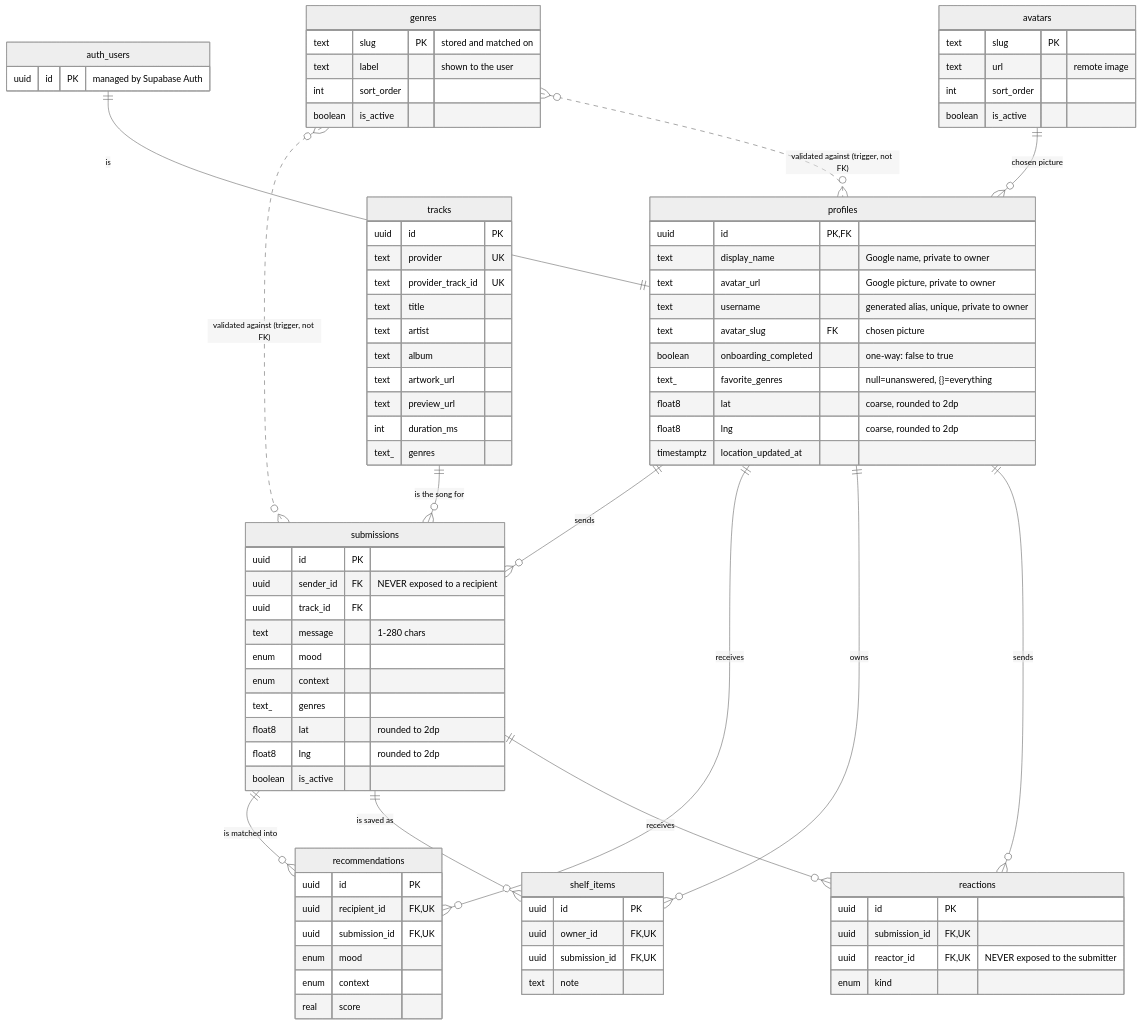
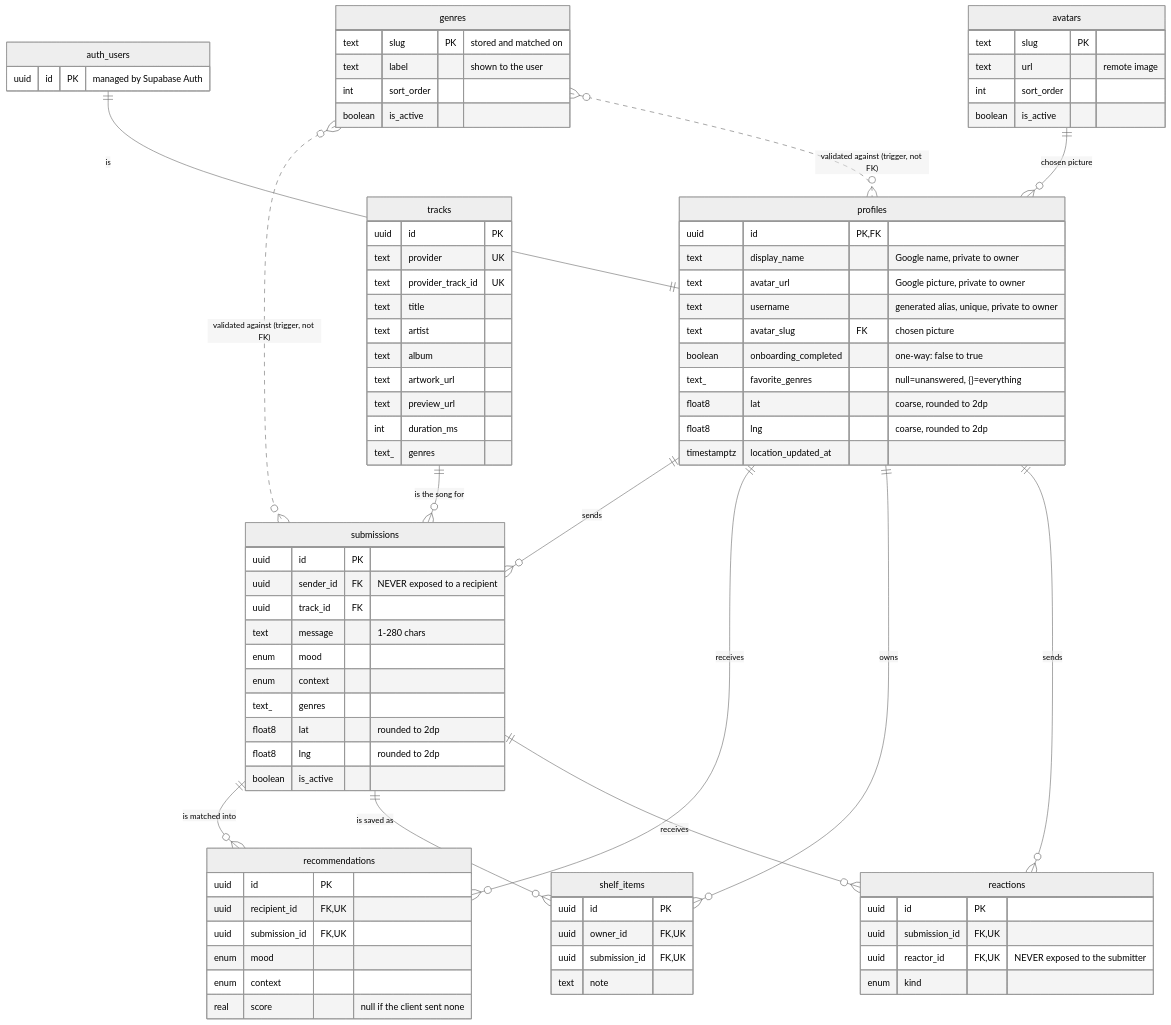
The diagram in docs/database.md (killlel/comp90018), drawn with Mermaid (neutral theme) before and after one commit. The commit also changed other lines of this file and 2 other files, not shown here.

```diff
--- a/docs/database.md
+++ b/docs/database.md
@@ -124,7 +128,7 @@
         uuid  submission_id FK,UK
         enum  mood
         enum  context
-        real  score
+        real  score         "null if the client sent none"
     }
     shelf_items {
         uuid id            PK
```
